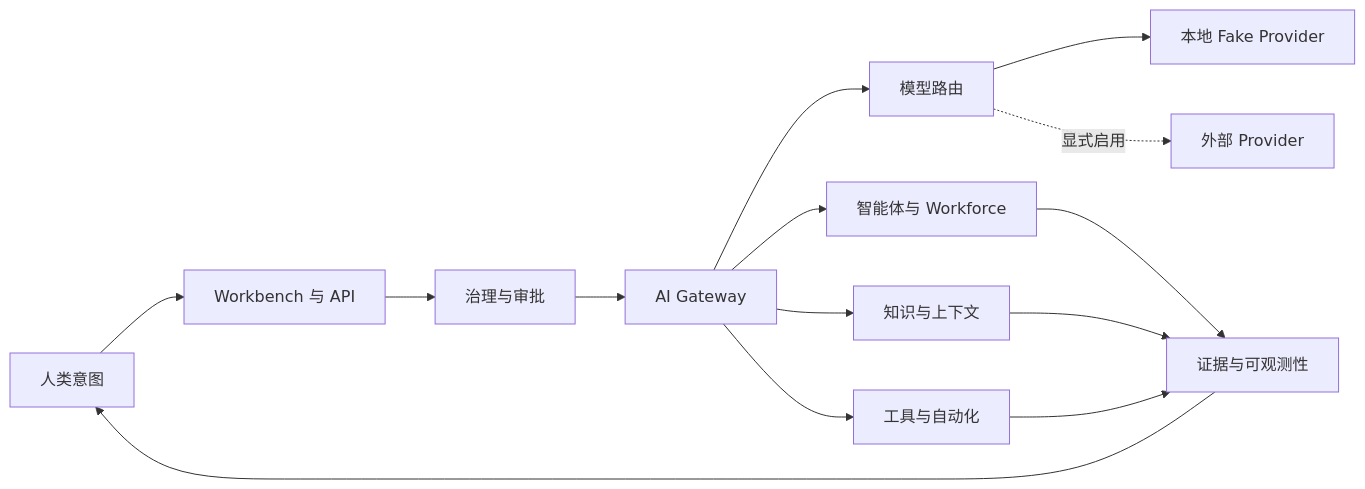
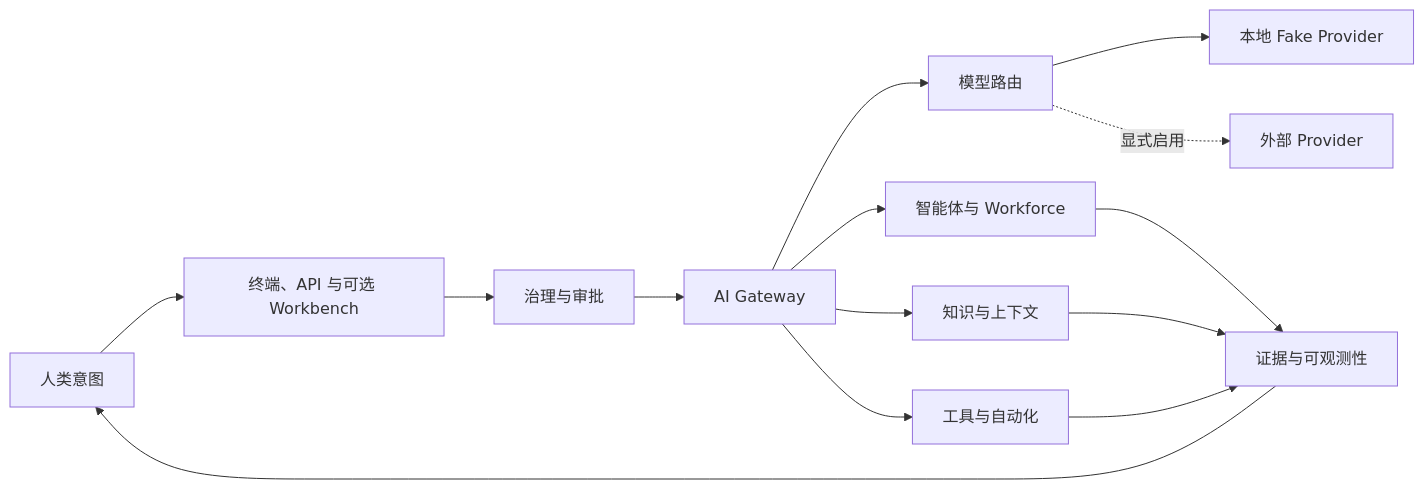
Before and after one commit to happy520ai/unified-ai-system: the diagram in README.zh-CN.md, drawn with Mermaid. The commit also changed other lines of this file and 7 other files, not shown here.

````diff
--- a/README.zh-CN.md
+++ b/README.zh-CN.md
@@ -107,16 +136,16 @@
 ```mermaid
 flowchart LR
-    H["人类意图"] --> W["Workbench 与 API"]
+    H["人类意图"] --> W["终端、API 与可选 Workbench"]
     W --> G["治理与审批"]
     G --> R["AI Gateway"]
     R --> M["模型路由"]
     R --> A["智能体与 Workforce"]
     R --> K["知识与上下文"]
     R --> T["工具与自动化"]
     M --> L["本地 Fake Provider"]
     M -. "显式启用" .-> P["外部 Provider"]
     A --> E["证据与可观测性"]
     K --> E
     T --> E
     E --> H
 ```
````
